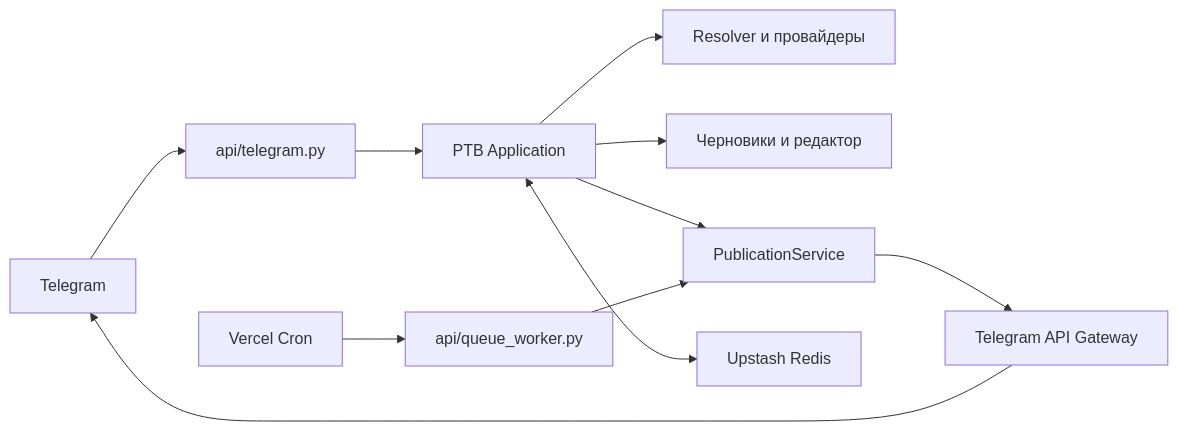
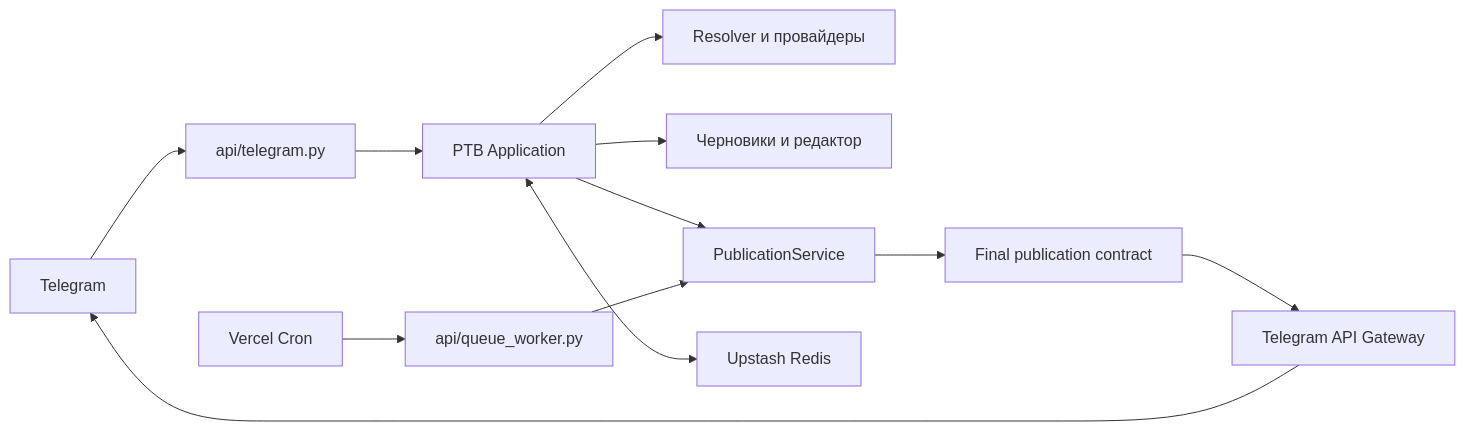
One commit to StonerHand/stonerhand-soundlinks-bot changed the diagram in ARCHITECTURE.ru.md. Above: the diagram before and after it, drawn with Mermaid. The commit also changed other lines of this file and 25 other files, not shown here.

Commit message:
release: add final publication contract and smoke gate

````diff
--- a/ARCHITECTURE.ru.md
+++ b/ARCHITECTURE.ru.md
@@ -10,13 +10,14 @@
 ```mermaid
 flowchart LR
     TG["Telegram"] --> WH["api/telegram.py"]
     WH --> BOT["PTB Application"]
     BOT --> RESOLVE["Resolver и провайдеры"]
     BOT --> EDIT["Черновики и редактор"]
     BOT --> PUB["PublicationService"]
-    PUB --> GW["Telegram API Gateway"]
+    PUB --> CONTRACT["Final publication contract"]
+    CONTRACT --> GW["Telegram API Gateway"]
     GW --> TG
     CRON["Vercel Cron"] --> WORKER["api/queue_worker.py"]
     WORKER --> PUB
     BOT <--> REDIS["Upstash Redis"]
 ```
````
